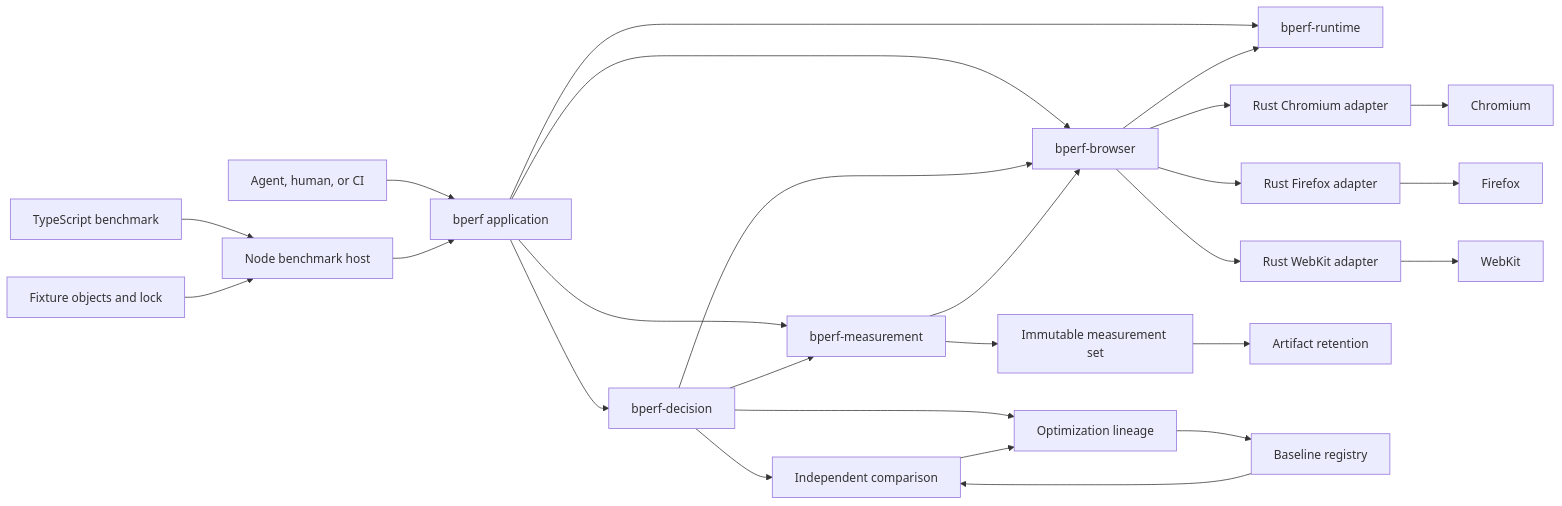
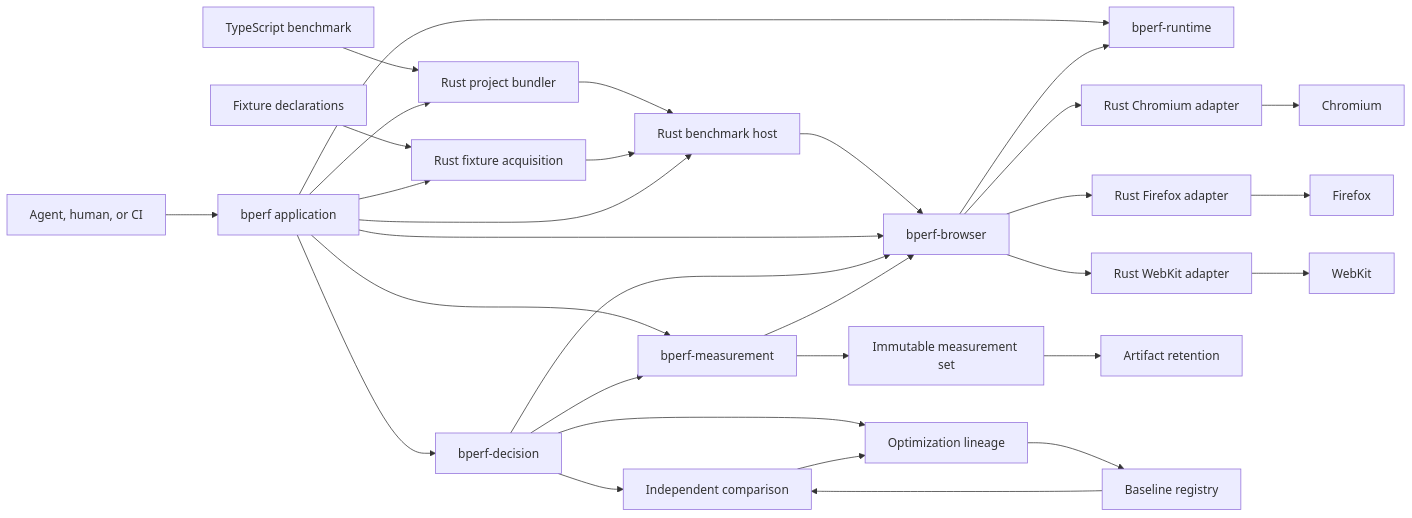
Before and after one commit to itsjamie/bperf: the second of 2 diagrams in docs/DESIGN.md, drawn with Mermaid. The commit also changed other lines of this file and 91 other files, not shown here.

````diff
--- a/docs/DESIGN.md
+++ b/docs/DESIGN.md
@@ -645,28 +652,33 @@
 ```mermaid
 flowchart LR
     CALLER["Agent, human, or CI"] --> CLI["bperf application"]
-    BENCH["TypeScript benchmark"] --> HOST["Node benchmark host"]
-    FIXTURES["Fixture objects and lock"] --> HOST
-    HOST --> CLI
+    BENCH["TypeScript benchmark"] --> BUNDLER["Rust project bundler"]
+    FIXTURES["Fixture declarations"] --> RESOLVER["Rust fixture acquisition"]
+    CLI --> BUNDLER
+    CLI --> RESOLVER
+    BUNDLER --> HOST["Rust benchmark host"]
+    RESOLVER --> HOST
+    CLI --> HOST
+    HOST --> LAB
     CLI --> DECISION["bperf-decision"]
     CLI --> MEASURE["bperf-measurement"]
     CLI --> LAB["bperf-browser"]
     CLI --> INSTALL["bperf-runtime"]
     DECISION --> MEASURE
     DECISION --> LAB
     MEASURE --> LAB
     LAB --> INSTALL
     LAB --> CHROMIUM_ADAPTER["Rust Chromium adapter"]
     CHROMIUM_ADAPTER --> CHROMIUM["Chromium"]
     LAB --> FIREFOX_ADAPTER["Rust Firefox adapter"]
     FIREFOX_ADAPTER --> FIREFOX["Firefox"]
     LAB --> WEBKIT_ADAPTER["Rust WebKit adapter"]
     WEBKIT_ADAPTER --> WEBKIT["WebKit"]
     MEASURE --> SET["Immutable measurement set"]
     SET --> RETENTION["Artifact retention"]
     DECISION --> COMPARE["Independent comparison"]
     BASELINE["Baseline registry"] --> COMPARE
     DECISION --> LINEAGE["Optimization lineage"]
     COMPARE --> LINEAGE
     LINEAGE --> BASELINE
 ```
````
